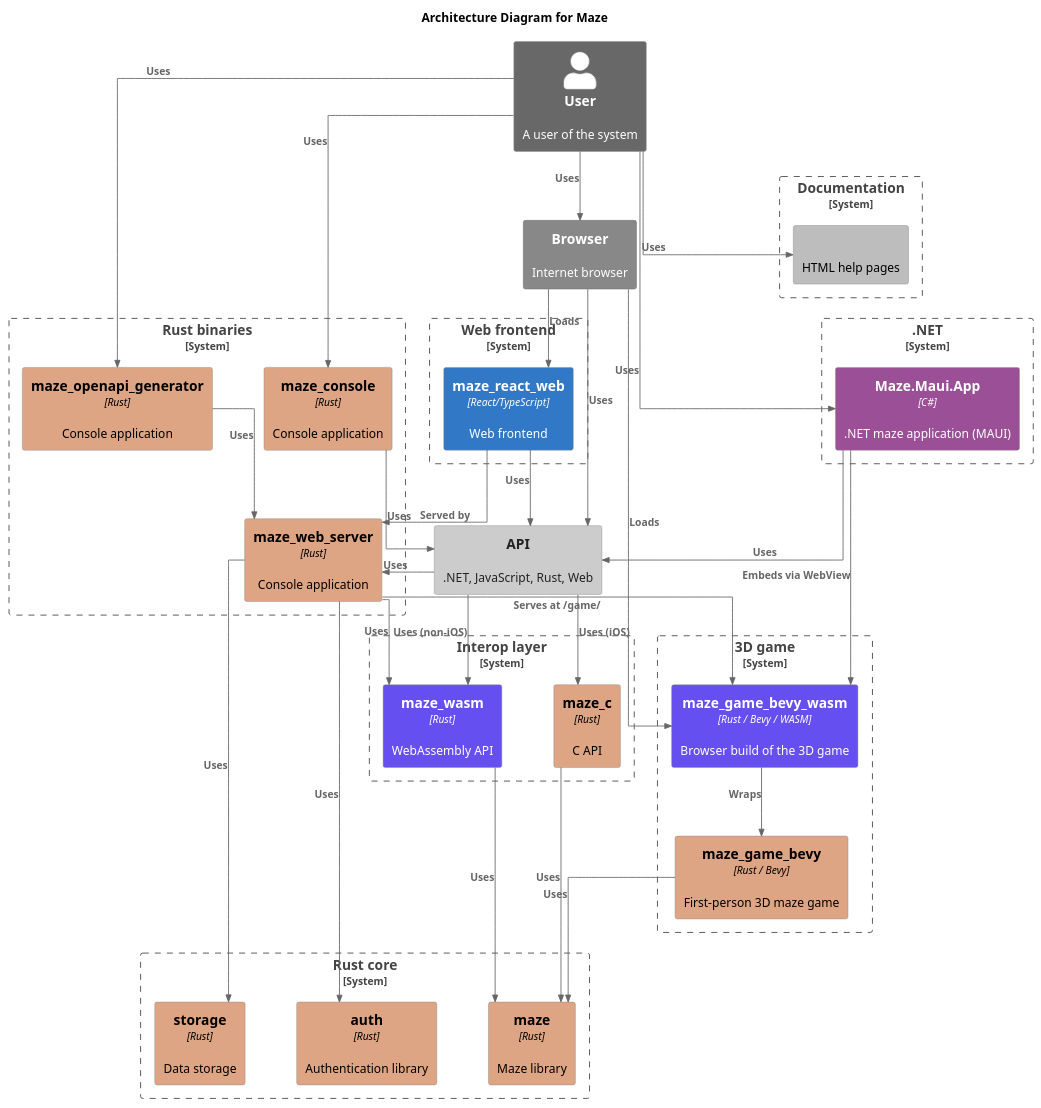
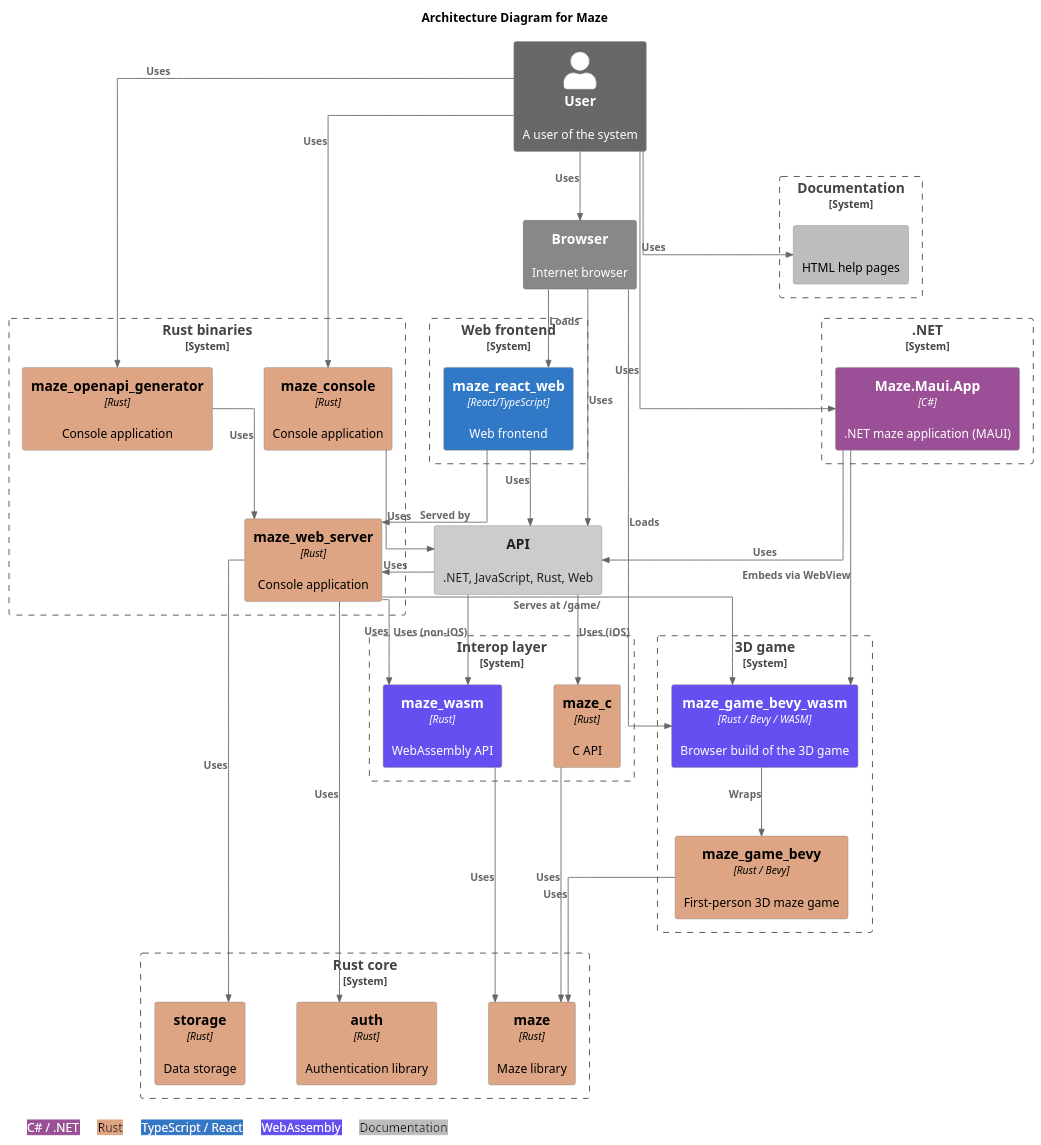
Before and after one commit to budgiedownunder/maze: the diagram in docs/diagrams/architecture.puml, drawn with PlantUML. The commit also changed 1 other file, not shown here.

Commit message:
docs(diagrams): add horizontal legend at bottom for technology colour mapping

```diff
--- a/docs/diagrams/architecture.puml
+++ b/docs/diagrams/architecture.puml
@@ -2,87 +2,91 @@
 @startuml architecture
 
 !include https://raw.githubusercontent.com/plantuml-stdlib/C4-PlantUML/master/C4_Container.puml
 
 LAYOUT_TOP_DOWN()
 HIDE_STEREOTYPE()
 skinparam linetype ortho
 skinparam nodesep 60
 skinparam ranksep 80
 
 UpdateElementStyle("container", $bgColor="#cccccc", $fontColor="#222222", $borderColor="#888888")
 UpdateElementStyle("external_container", $bgColor="#888888", $fontColor="#ffffff", $borderColor="#666666")
 
 AddElementTag("rust",   $bgColor="#dea584", $fontColor="#000000", $legendText="Rust")
 AddElementTag("csharp", $bgColor="#9b4f96", $fontColor="#ffffff", $legendText="C# / .NET")
 AddElementTag("ts",     $bgColor="#3178c6", $fontColor="#ffffff", $legendText="TypeScript / React")
 AddElementTag("wasm",   $bgColor="#654ff0", $fontColor="#ffffff", $legendText="WebAssembly")
 AddElementTag("doc",    $bgColor="#bdbdbd", $fontColor="#000000", $legendText="Documentation")
 
 title Architecture Diagram for Maze
 
 Person_Ext(user, "User", "A user of the system")
 
 Container_Ext(browser, "Browser", "", "Internet browser")
 Container(api, "API", "", ".NET, JavaScript, Rust, Web")
 
 System_Boundary(b_rust_core, "Rust core") {
     Container(maze, "maze", "Rust", "Maze library", $tags="rust")
     Container(auth, "auth", "Rust", "Authentication library", $tags="rust")
     Container(storage, "storage", "Rust", "Data storage", $tags="rust")
 }
 
 System_Boundary(b_rust_bins, "Rust binaries") {
     Container(maze_web_server, "maze_web_server", "Rust", "Console application", $tags="rust")
     Container(maze_console, "maze_console", "Rust", "Console application", $tags="rust")
     Container(maze_openapi_generator, "maze_openapi_generator", "Rust", "Console application", $tags="rust")
 }
 
 System_Boundary(b_interop, "Interop layer") {
     Container(maze_wasm, "maze_wasm", "Rust", "WebAssembly API", $tags="wasm")
     Container(maze_c, "maze_c", "Rust", "C API", $tags="rust")
 }
 
 System_Boundary(b_dotnet, ".NET") {
     Container(maze_maui_app_net, "Maze.Maui.App", "C#", ".NET maze application (MAUI)", $tags="csharp")
 }
 
 System_Boundary(b_web, "Web frontend") {
     Container(maze_react_web, "maze_react_web", "React/TypeScript", "Web frontend", $tags="ts")
 }
 
 System_Boundary(b_game, "3D game") {
     Container(maze_game_bevy, "maze_game_bevy", "Rust / Bevy", "First-person 3D maze game", $tags="rust")
     Container(maze_game_bevy_wasm, "maze_game_bevy_wasm", "Rust / Bevy / WASM", "Browser build of the 3D game", $tags="wasm")
 }
 
 System_Boundary(b_docs, "Documentation") {
     Container(html_help, "", "", "HTML help pages", $tags="doc")
 }
 
 Rel(user, browser, "Uses")
 Rel(maze_react_web, maze_web_server, "Served by")
 Rel(user, html_help, "Uses")
 Rel(user, maze_console, "Uses")
 Rel(user, maze_maui_app_net, "Uses")
 Rel(user, maze_openapi_generator, "Uses")
 Rel(browser, api, "Uses")
 Rel(browser, maze_react_web, "Loads")
 Rel(maze_react_web, api, "Uses")
 Rel(maze_console, api, "Uses")
 Rel(maze_maui_app_net, api, "Uses")
 Rel(maze_openapi_generator, maze_web_server, "Uses")
 Rel(maze_c, maze, "Uses")
 Rel(maze_wasm, maze, "Uses")
 Rel(api, maze_wasm, "Uses (non-iOS)")
 Rel(api, maze_c, "Uses (iOS)")
 Rel(api, maze_web_server, "Uses")
 Rel(maze_web_server, maze_wasm, "Uses")
 Rel(maze_web_server, auth, "Uses")
 Rel(maze_web_server, storage, "Uses")
 Rel(maze_game_bevy, maze, "Uses")
 Rel(maze_game_bevy_wasm, maze_game_bevy, "Wraps")
 Rel(maze_web_server, maze_game_bevy_wasm, "Serves at /game/")
 Rel(browser, maze_game_bevy_wasm, "Loads")
 Rel(maze_maui_app_net, maze_game_bevy_wasm, "Embeds via WebView")
 
+legend bottom left
+| <back:#9b4f96><color:#ffffff>  C# / .NET  </color></back> | <back:#dea584><color:#000000>  Rust  </color></back> | <back:#3178c6><color:#ffffff>  TypeScript / React  </color></back> | <back:#654ff0><color:#ffffff>  WebAssembly  </color></back> | <back:#bdbdbd><color:#000000>  Documentation  </color></back> |
+endlegend
+
 @enduml
```
